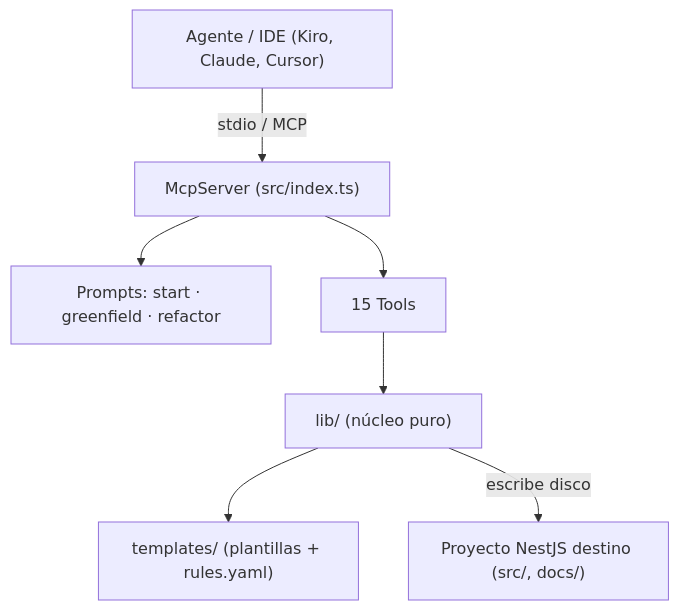
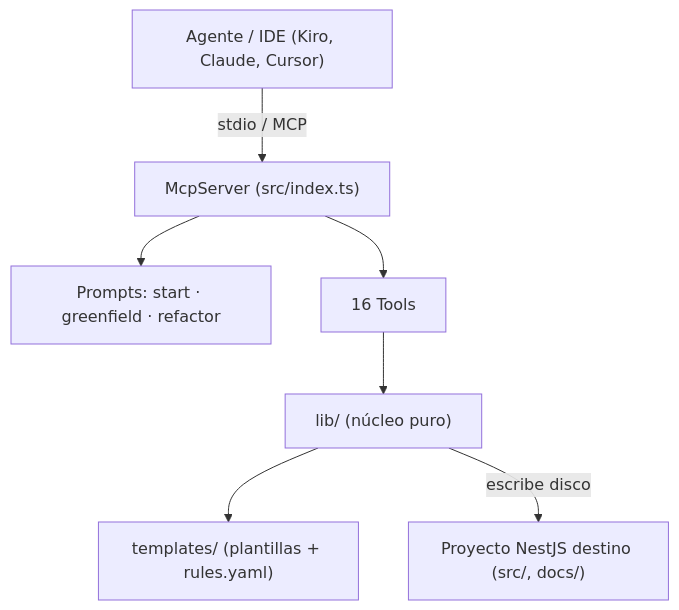
One commit to Ivan-Madera/midd-nestjs-hexagonal-architecture-mcp changed the first of 4 diagrams in README.md. Above: the diagram before and after it, drawn with Mermaid. The commit also changed other lines of this file and 44 other files, not shown here.

````diff
--- a/README.md
+++ b/README.md
@@ -123,9 +124,9 @@
 ```mermaid
 flowchart TD
   Agent["Agente / IDE (Kiro, Claude, Cursor)"] -->|stdio / MCP| Server["McpServer (src/index.ts)"]
   Server --> Prompts["Prompts: start · greenfield · refactor"]
-  Server --> Tools["15 Tools"]
+  Server --> Tools["16 Tools"]
   Tools --> Lib["lib/ (núcleo puro)"]
   Lib --> Dataset["templates/ (plantillas + rules.yaml)"]
   Lib -->|escribe disco| Target["Proyecto NestJS destino (src/, docs/)"]
 ```
````
